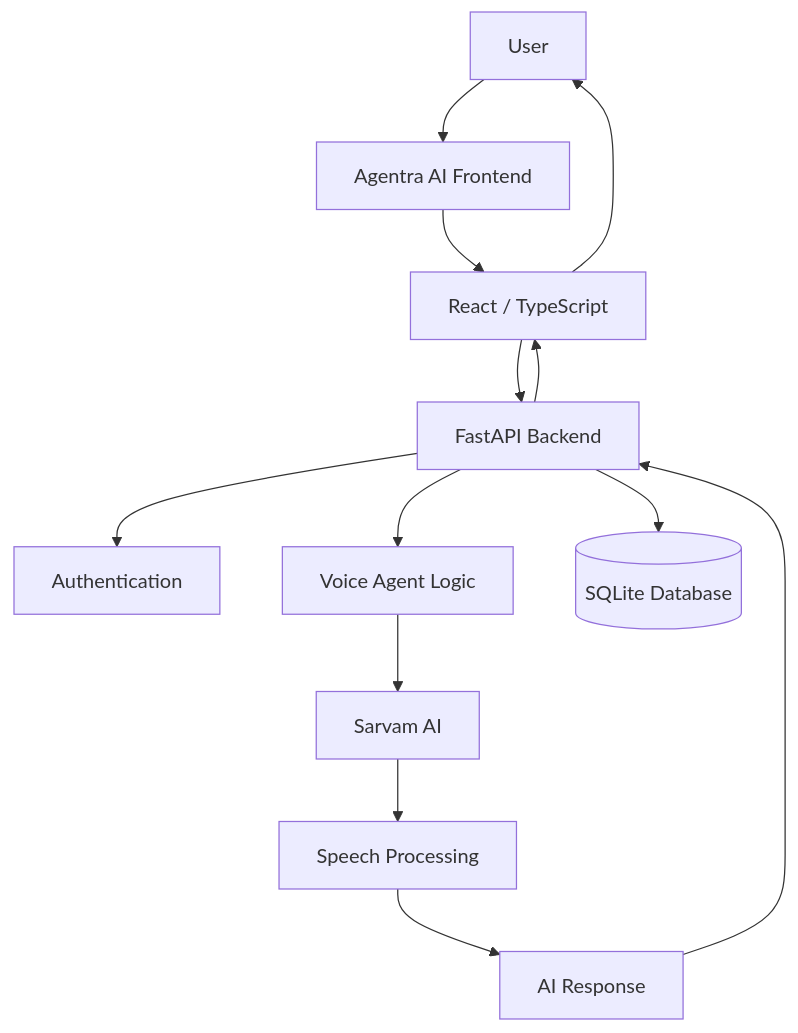
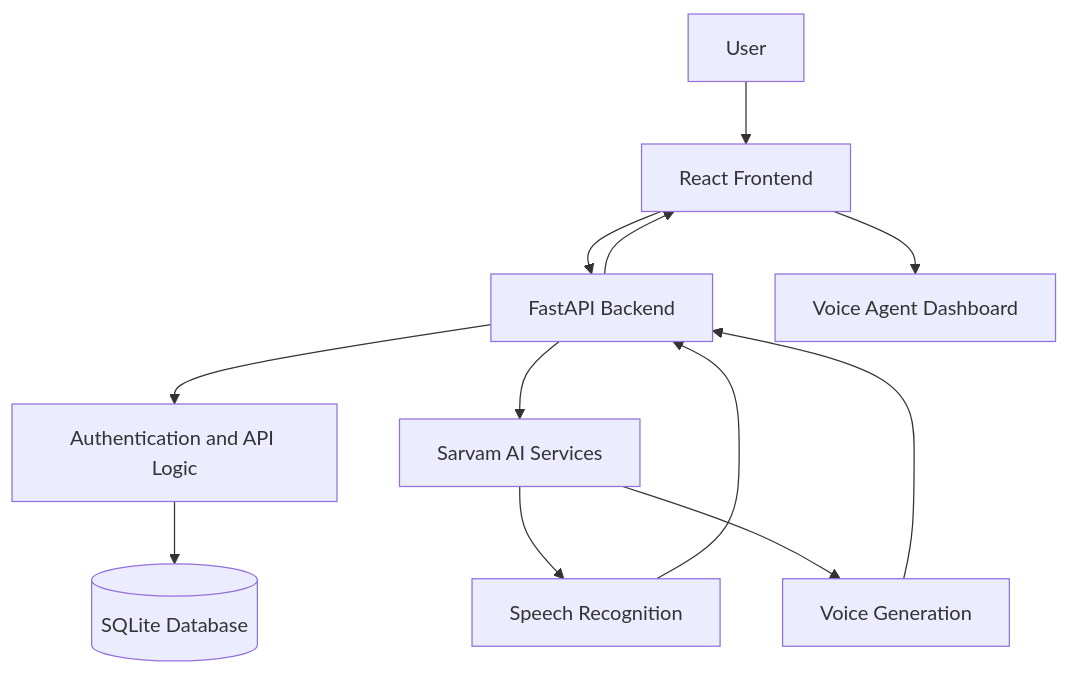
Before and after one commit to jasminefloraa/voice-of-Ai: the diagram in README.md, drawn with Mermaid. The commit also changed other lines of this file, not shown here.

````diff
--- a/README.md
+++ b/README.md
@@ -100,15 +92,14 @@
 ```mermaid
 flowchart TD
-    A[User] --> B[Agentra AI Frontend]
-    B --> C[React / TypeScript]
-    C --> D[FastAPI Backend]
-    D --> E[Authentication]
-    D --> F[Voice Agent Logic]
-    F --> G[Sarvam AI]
-    G --> H[Speech Processing]
-    H --> I[AI Response]
-    I --> D
-    D --> C
-    C --> A
-    D --> J[(SQLite Database)]
+    A[User] --> B[React Frontend]
+    B --> C[FastAPI Backend]
+    C --> D[Authentication and API Logic]
+    C --> E[Sarvam AI Services]
+    E --> F[Speech Recognition]
+    E --> G[Voice Generation]
+    D --> H[(SQLite Database)]
+    F --> C
+    G --> C
+    C --> B
+    B --> I[Voice Agent Dashboard]
 ```
````
